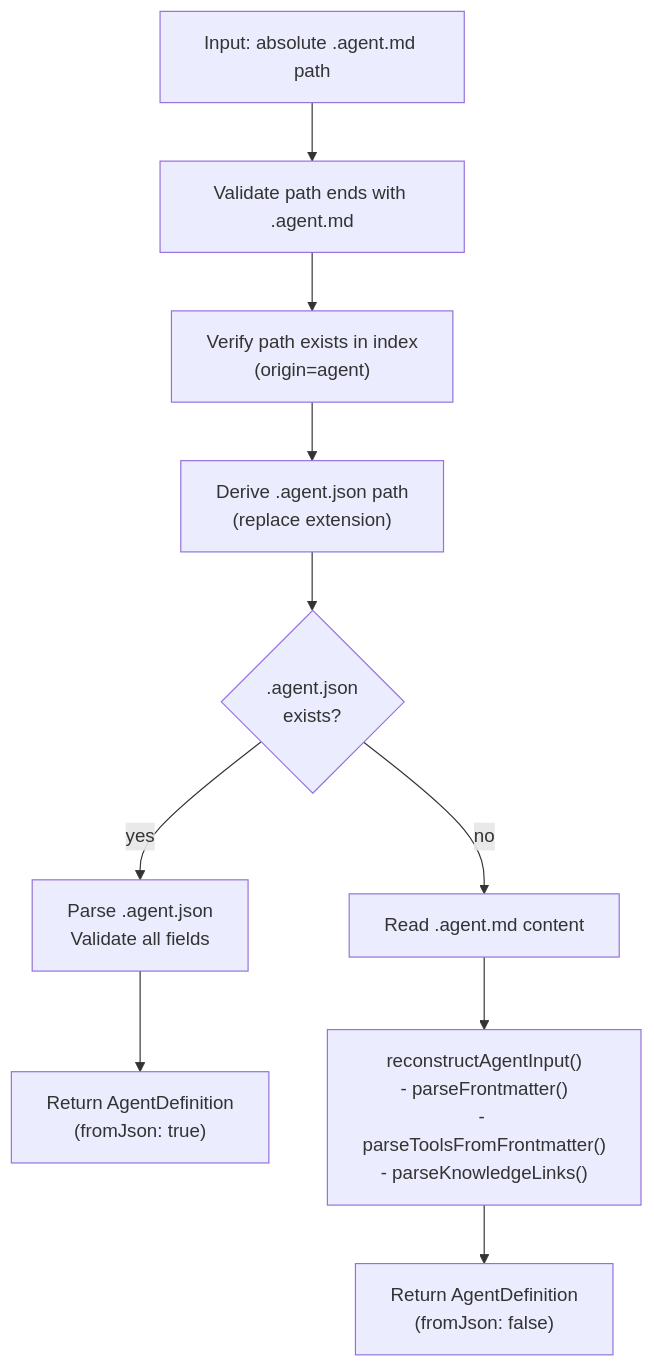
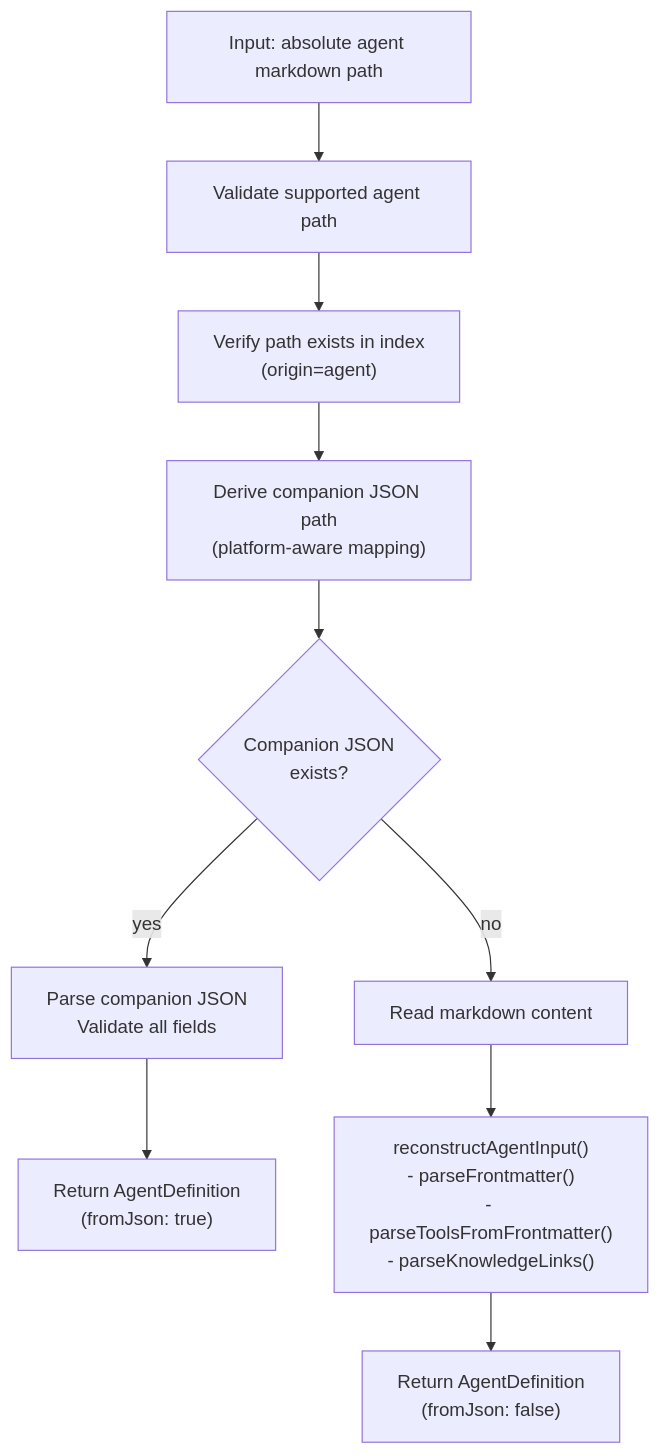
Before and after one commit to Kyliathy/context-core: the ninth of 12 diagrams in server/zz-reach2/architecture/agents/archi-agent-builder.md, drawn with Mermaid. The commit also changed other lines of this file and 23 other files, not shown here.

First line of the commit message:
feat(agent-builder): add Codex agent support and improve multi-path handling

````diff
--- a/server/zz-reach2/architecture/agents/archi-agent-builder.md
+++ b/server/zz-reach2/architecture/agents/archi-agent-builder.md
@@ -455,14 +534,14 @@
 ```mermaid
 flowchart TD
-    PATH["Input: absolute .agent.md path"] --> VALIDATE["Validate path ends with .agent.md"]
+    PATH["Input: absolute agent markdown path"] --> VALIDATE["Validate supported agent path"]
     VALIDATE --> INDEX_CHECK["Verify path exists in index<br/>(origin=agent)"]
-    INDEX_CHECK --> DERIVE_JSON["Derive .agent.json path<br/>(replace extension)"]
-    DERIVE_JSON --> JSON_EXISTS{".agent.json<br/>exists?"}
+    INDEX_CHECK --> DERIVE_JSON["Derive companion JSON path<br/>(platform-aware mapping)"]
+    DERIVE_JSON --> JSON_EXISTS{"Companion JSON<br/>exists?"}
 
-    JSON_EXISTS -->|yes| READ_JSON["Parse .agent.json<br/>Validate all fields"]
+    JSON_EXISTS -->|yes| READ_JSON["Parse companion JSON<br/>Validate all fields"]
     READ_JSON --> RETURN_JSON["Return AgentDefinition<br/>(fromJson: true)"]
 
-    JSON_EXISTS -->|no| READ_MD["Read .agent.md content"]
+    JSON_EXISTS -->|no| READ_MD["Read markdown content"]
     READ_MD --> RECONSTRUCT["reconstructAgentInput()<br/>- parseFrontmatter()<br/>- parseToolsFromFrontmatter()<br/>- parseKnowledgeLinks()"]
     RECONSTRUCT --> RETURN_MD["Return AgentDefinition<br/>(fromJson: false)"]
 ```
````
